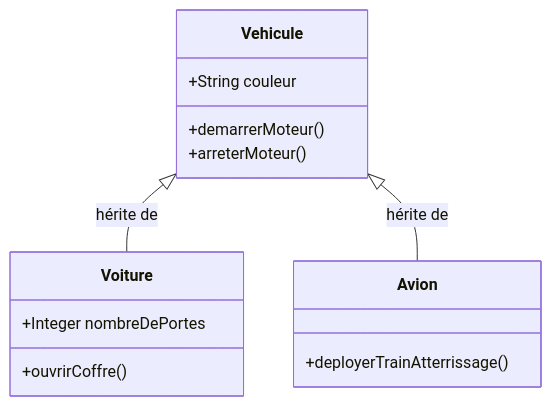
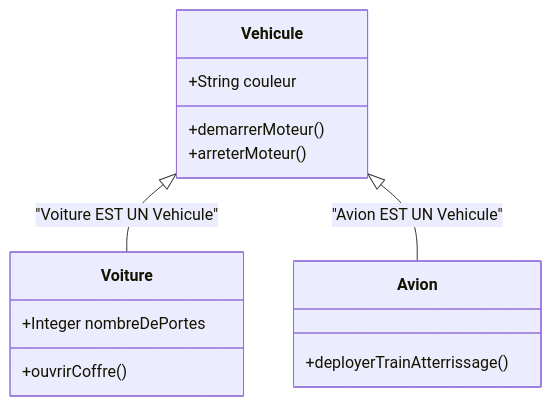
One commit to Mohammedazri/-DevoTeam---Training-POO----Design-Pattern changed the first of 5 diagrams in README.md. Above: the diagram before and after it, drawn with Mermaid. The commit also changed other lines of this file, not shown here.

````diff
--- a/README.md
+++ b/README.md
@@ -17,18 +19,19 @@
 ```mermaid
 classDiagram
+    direction TD
     class Vehicule{
-        +String couleur
-        +demarrerMoteur()
-        +arreterMoteur()
+      +String couleur
+      +demarrerMoteur()
+      +arreterMoteur()
     }
     class Voiture{
-        +Integer nombreDePortes
-        +ouvrirCoffre()
+      +Integer nombreDePortes
+      +ouvrirCoffre()
     }
     class Avion{
-        +deployerTrainAtterrissage()
+      +deployerTrainAtterrissage()
     }
 
-    Vehicule <|-- Voiture : hérite de
-    Vehicule <|-- Avion : hérite de
+    Vehicule <|-- Voiture : "Voiture EST UN Vehicule"
+    Vehicule <|-- Avion : "Avion EST UN Vehicule"
 ```
````
